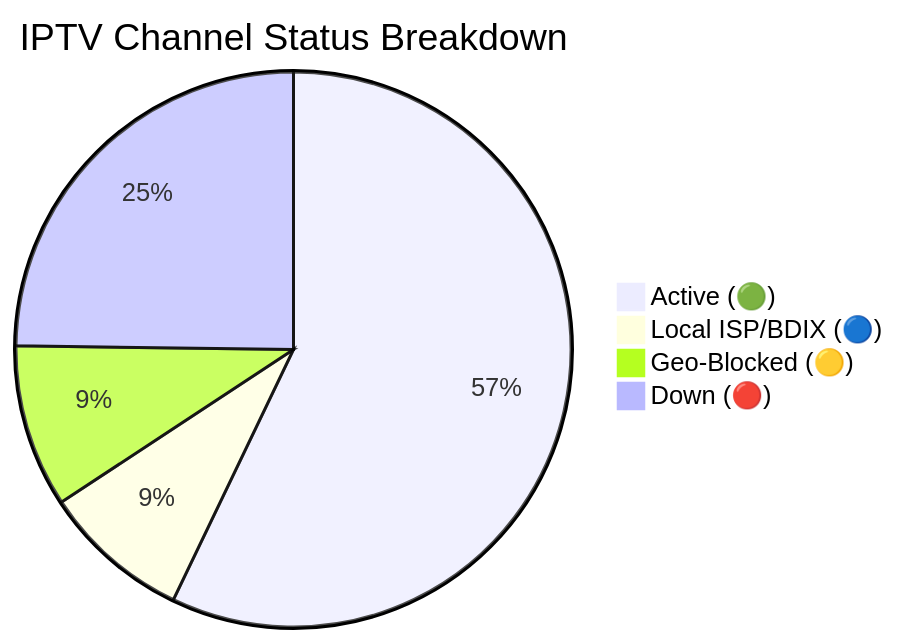
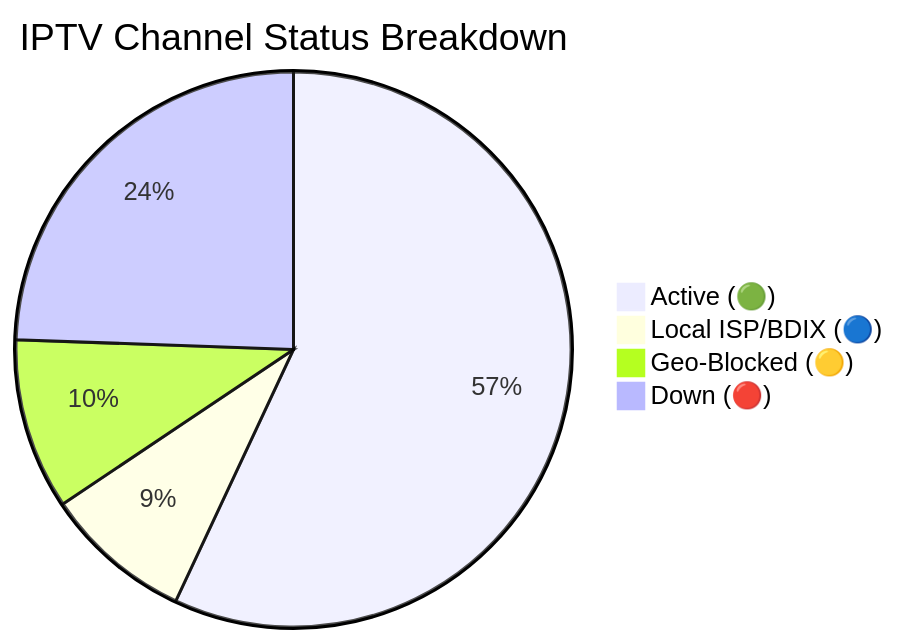
Before and after one commit to Zaman-Topu/Ip-tv-Collection: the diagram in README.md, drawn with Mermaid. The commit also changed other lines of this file and 6 other files, not shown here.

````diff
--- a/README.md
+++ b/README.md
@@ -149,7 +149,7 @@
 ```mermaid
 pie title IPTV Channel Status Breakdown
-    "Active (🟢)" : 10502
+    "Active (🟢)" : 10448
     "Local ISP/BDIX (🔵)" : 1584
-    "Geo-Blocked (🟡)" : 1742
-    "Down (🔴)" : 4557
+    "Geo-Blocked (🟡)" : 1826
+    "Down (🔴)" : 4482
 ```
````
